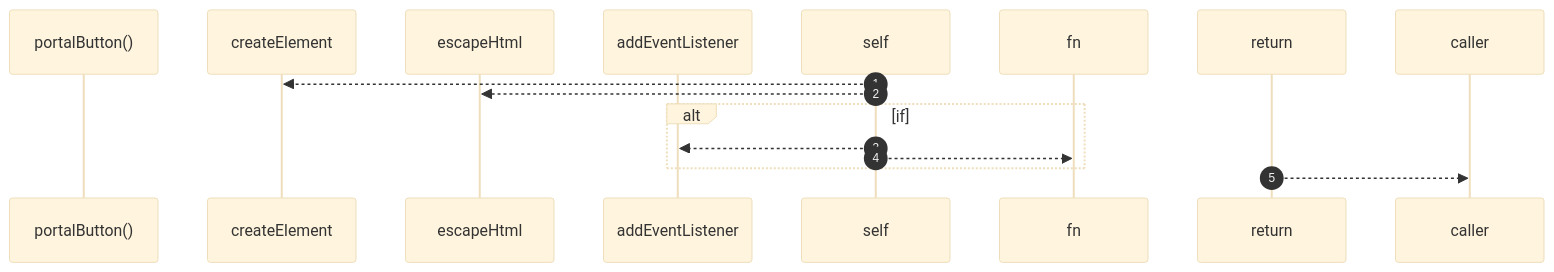
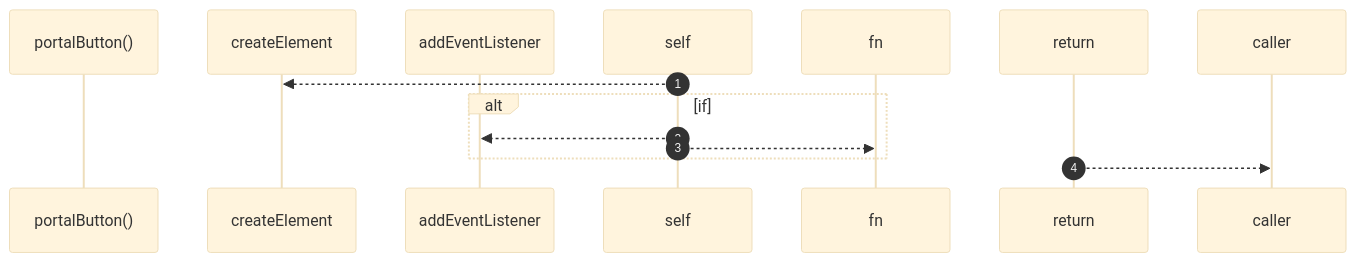
One commit to RyanGuild/self-describing-code changed the diagram in docs/self-model/robby__site/src/viewer/portalbutton.md. Above: the diagram before and after it, drawn with Mermaid (base theme). The commit also changed other lines of this file and 747 other files, not shown here.

````diff
--- a/docs/self-model/robby__site/src/viewer/portalbutton.md
+++ b/docs/self-model/robby__site/src/viewer/portalbutton.md
@@ -31,15 +29,13 @@
 ```mermaid
 sequenceDiagram
     autonumber
     participant portalButton as portalButton()
     participant createElement as createElement
-    participant escapeHtml as escapeHtml
     participant addEventListener as addEventListener
     self-->>createElement: 
-    self-->>escapeHtml: 
     alt if
     self-->>addEventListener: 
     self-->>fn: 
     end
     return-->>caller: 
 ```
````
